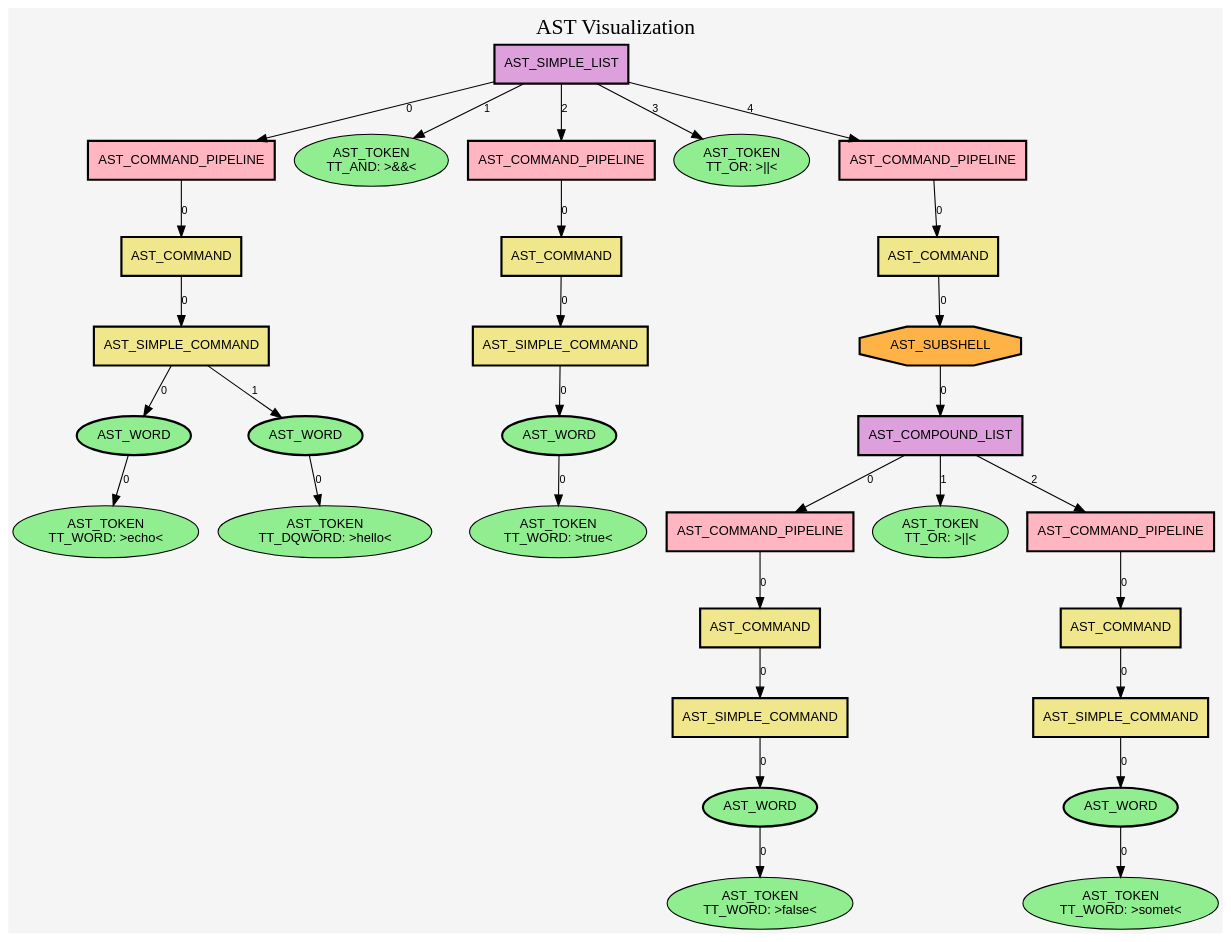
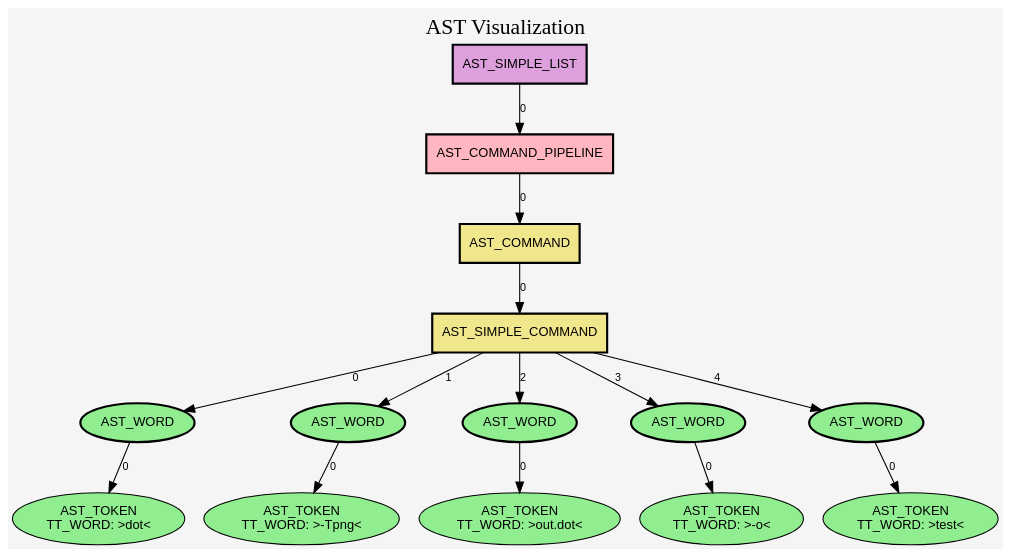
The diagram in bonus/out.dot (Univers42/sh42), drawn with Graphviz before and after one commit. The commit also changed 1 other file, not shown here.

```diff
--- a/bonus/out.dot
+++ b/bonus/out.dot
@@ -1,70 +1,38 @@
 digraph AST {
 	rankdir=TB;
 	node [fontname="Arial", fontsize=12];
 	edge [fontname="Arial", fontsize=10];
 	bgcolor="#F5F5F5";
 
 	n0 [label="AST_SIMPLE_LIST", style=filled, fillcolor="#DDA0DD", shape=box, penwidth=2];
-	n0 -> n1395692078 [label="0"];
-	n1395692078 [label="AST_COMMAND_PIPELINE", style=filled, fillcolor="#FFB6C1", shape=box, penwidth=2];
-	n1395692078 -> n3197530790 [label="0"];
-	n3197530790 [label="AST_COMMAND", style=filled, fillcolor="#F0E68C", shape=box, penwidth=2];
-	n3197530790 -> n3790984521 [label="0"];
-	n3790984521 [label="AST_SIMPLE_COMMAND", style=filled, fillcolor="#F0E68C", shape=box, penwidth=2];
-	n3790984521 -> n2879021126 [label="0"];
-	n2879021126 [label="AST_WORD", style=filled, fillcolor="#90EE90", shape=ellipse, penwidth=2];
-	n2879021126 -> n2832297486 [label="0"];
-	n2832297486 [label="AST_TOKEN\nTT_WORD: >echo<", style=filled, fillcolor="#90EE90", shape=ellipse];
-	n3790984521 -> n3549432119 [label="1"];
-	n3549432119 [label="AST_WORD", style=filled, fillcolor="#90EE90", shape=ellipse, penwidth=2];
-	n3549432119 -> n2077279080 [label="0"];
-	n2077279080 [label="AST_TOKEN\nTT_DQWORD: >hello<", style=filled, fillcolor="#90EE90", shape=ellipse];
-	n0 -> n2652970206 [label="1"];
-	n2652970206 [label="AST_TOKEN\nTT_AND: >&&<", style=filled, fillcolor="#90EE90", shape=ellipse];
-	n0 -> n3911310570 [label="2"];
-	n3911310570 [label="AST_COMMAND_PIPELINE", style=filled, fillcolor="#FFB6C1", shape=box, penwidth=2];
-	n3911310570 -> n2284825849 [label="0"];
-	n2284825849 [label="AST_COMMAND", style=filled, fillcolor="#F0E68C", shape=box, penwidth=2];
-	n2284825849 -> n4060072158 [label="0"];
-	n4060072158 [label="AST_SIMPLE_COMMAND", style=filled, fillcolor="#F0E68C", shape=box, penwidth=2];
-	n4060072158 -> n1473465456 [label="0"];
-	n1473465456 [label="AST_WORD", style=filled, fillcolor="#90EE90", shape=ellipse, penwidth=2];
-	n1473465456 -> n858007732 [label="0"];
-	n858007732 [label="AST_TOKEN\nTT_WORD: >true<", style=filled, fillcolor="#90EE90", shape=ellipse];
-	n0 -> n929236382 [label="3"];
-	n929236382 [label="AST_TOKEN\nTT_OR: >||<", style=filled, fillcolor="#90EE90", shape=ellipse];
-	n0 -> n2399752346 [label="4"];
-	n2399752346 [label="AST_COMMAND_PIPELINE", style=filled, fillcolor="#FFB6C1", shape=box, penwidth=2];
-	n2399752346 -> n2056604740 [label="0"];
-	n2056604740 [label="AST_COMMAND", style=filled, fillcolor="#F0E68C", shape=box, penwidth=2];
-	n2056604740 -> n4293100275 [label="0"];
-	n4293100275 [label="AST_SUBSHELL", style=filled, fillcolor="#FFB347", shape=octagon, penwidth=2];
-	n4293100275 -> n1188678255 [label="0"];
-	n1188678255 [label="AST_COMPOUND_LIST", style=filled, fillcolor="#DDA0DD", shape=box, penwidth=2];
-	n1188678255 -> n2915236865 [label="0"];
-	n2915236865 [label="AST_COMMAND_PIPELINE", style=filled, fillcolor="#FFB6C1", shape=box, penwidth=2];
-	n2915236865 -> n136121445 [label="0"];
-	n136121445 [label="AST_COMMAND", style=filled, fillcolor="#F0E68C", shape=box, penwidth=2];
-	n136121445 -> n3373789411 [label="0"];
-	n3373789411 [label="AST_SIMPLE_COMMAND", style=filled, fillcolor="#F0E68C", shape=box, penwidth=2];
-	n3373789411 -> n2505053155 [label="0"];
-	n2505053155 [label="AST_WORD", style=filled, fillcolor="#90EE90", shape=ellipse, penwidth=2];
-	n2505053155 -> n3604972036 [label="0"];
-	n3604972036 [label="AST_TOKEN\nTT_WORD: >false<", style=filled, fillcolor="#90EE90", shape=ellipse];
-	n1188678255 -> n2556593104 [label="1"];
-	n2556593104 [label="AST_TOKEN\nTT_OR: >||<", style=filled, fillcolor="#90EE90", shape=ellipse];
-	n1188678255 -> n88828950 [label="2"];
-	n88828950 [label="AST_COMMAND_PIPELINE", style=filled, fillcolor="#FFB6C1", shape=box, penwidth=2];
-	n88828950 -> n2608549059 [label="0"];
-	n2608549059 [label="AST_COMMAND", style=filled, fillcolor="#F0E68C", shape=box, penwidth=2];
-	n2608549059 -> n1826083620 [label="0"];
-	n1826083620 [label="AST_SIMPLE_COMMAND", style=filled, fillcolor="#F0E68C", shape=box, penwidth=2];
-	n1826083620 -> n3884205591 [label="0"];
-	n3884205591 [label="AST_WORD", style=filled, fillcolor="#90EE90", shape=ellipse, penwidth=2];
-	n3884205591 -> n1686060246 [label="0"];
-	n1686060246 [label="AST_TOKEN\nTT_WORD: >somet<", style=filled, fillcolor="#90EE90", shape=ellipse];
+	n0 -> n2998363345 [label="0"];
+	n2998363345 [label="AST_COMMAND_PIPELINE", style=filled, fillcolor="#FFB6C1", shape=box, penwidth=2];
+	n2998363345 -> n1324560705 [label="0"];
+	n1324560705 [label="AST_COMMAND", style=filled, fillcolor="#F0E68C", shape=box, penwidth=2];
+	n1324560705 -> n3685588353 [label="0"];
+	n3685588353 [label="AST_SIMPLE_COMMAND", style=filled, fillcolor="#F0E68C", shape=box, penwidth=2];
+	n3685588353 -> n817116335 [label="0"];
+	n817116335 [label="AST_WORD", style=filled, fillcolor="#90EE90", shape=ellipse, penwidth=2];
+	n817116335 -> n1845445345 [label="0"];
+	n1845445345 [label="AST_TOKEN\nTT_WORD: >dot<", style=filled, fillcolor="#90EE90", shape=ellipse];
+	n3685588353 -> n1460061465 [label="1"];
+	n1460061465 [label="AST_WORD", style=filled, fillcolor="#90EE90", shape=ellipse, penwidth=2];
+	n1460061465 -> n2339791776 [label="0"];
+	n2339791776 [label="AST_TOKEN\nTT_WORD: >-Tpng<", style=filled, fillcolor="#90EE90", shape=ellipse];
+	n3685588353 -> n1276721825 [label="2"];
+	n1276721825 [label="AST_WORD", style=filled, fillcolor="#90EE90", shape=ellipse, penwidth=2];
+	n1276721825 -> n3705223595 [label="0"];
+	n3705223595 [label="AST_TOKEN\nTT_WORD: >out.dot<", style=filled, fillcolor="#90EE90", shape=ellipse];
+	n3685588353 -> n1556312033 [label="3"];
+	n1556312033 [label="AST_WORD", style=filled, fillcolor="#90EE90", shape=ellipse, penwidth=2];
+	n1556312033 -> n1112845179 [label="0"];
+	n1112845179 [label="AST_TOKEN\nTT_WORD: >-o<", style=filled, fillcolor="#90EE90", shape=ellipse];
+	n3685588353 -> n2818168883 [label="4"];
+	n2818168883 [label="AST_WORD", style=filled, fillcolor="#90EE90", shape=ellipse, penwidth=2];
+	n2818168883 -> n3220043259 [label="0"];
+	n3220043259 [label="AST_TOKEN\nTT_WORD: >test<", style=filled, fillcolor="#90EE90", shape=ellipse];
 
 	labelloc="t";
 	label="AST Visualization";
 	fontsize=20;
 }
```
